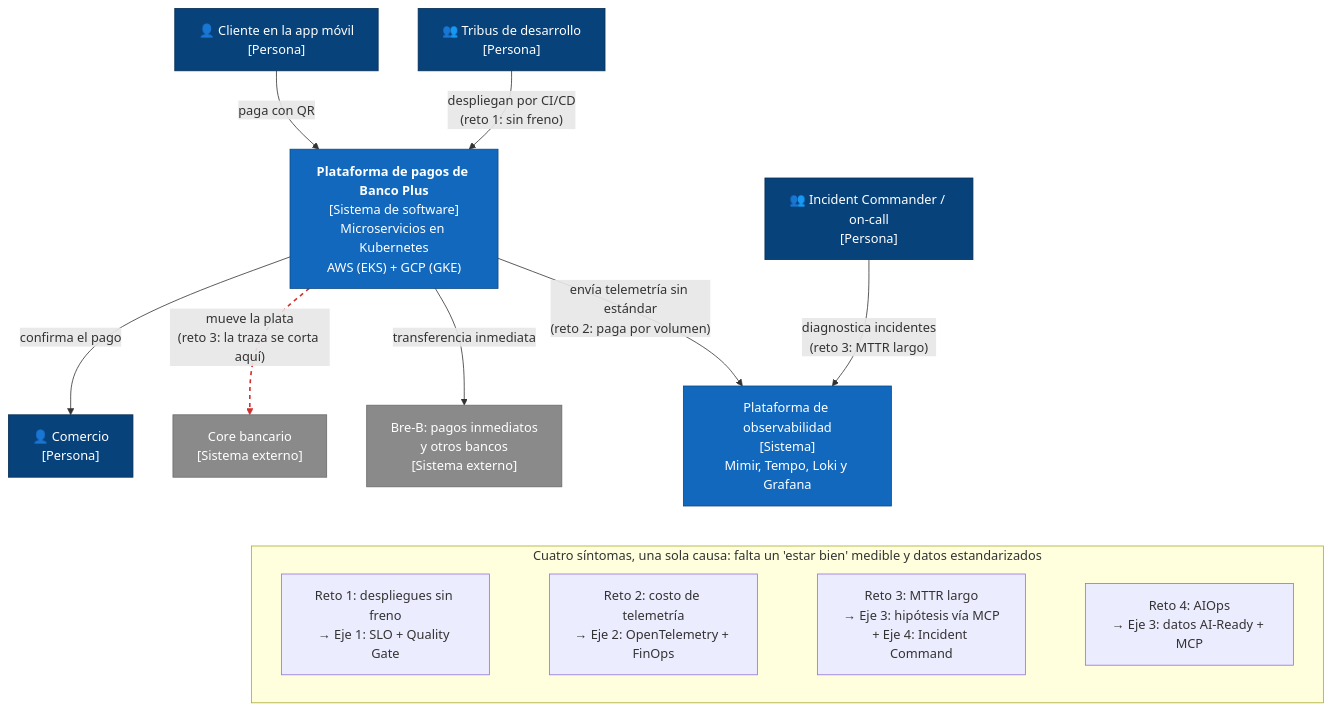
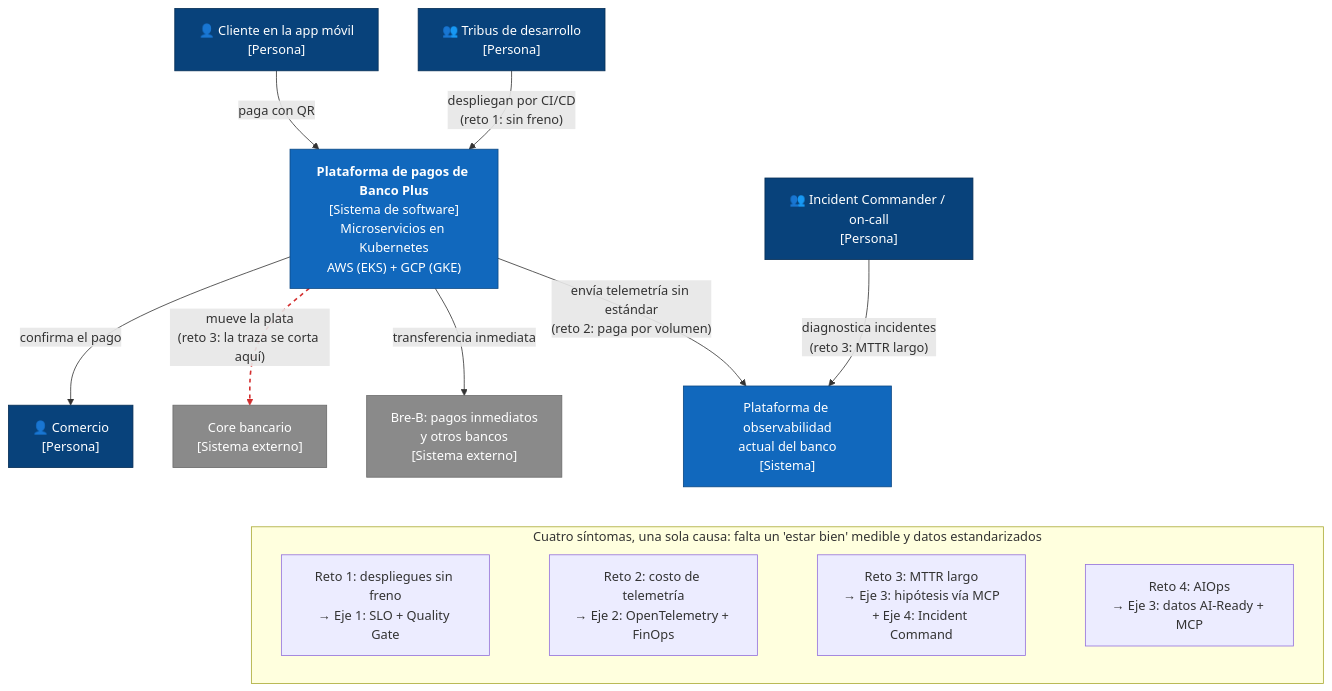
The second of 12 diagrams in devops-senior/temas/25-davivienda-sre-observabilidad/presentacion-libreto.md (locosebas/necesidadesYGrafos), drawn with Mermaid before and after one commit. The commit also changed other lines of this file, not shown here.

Commit message:
Reescribir el libreto (versión 2) con las decisiones revisadas del análisis de alternativas

````diff
--- a/devops-senior/temas/25-davivienda-sre-observabilidad/presentacion-libreto.md
+++ b/devops-senior/temas/25-davivienda-sre-observabilidad/presentacion-libreto.md
@@ -95,39 +121,39 @@
 ```mermaid
 flowchart TB
     cliente["👤 Cliente en la app móvil<br/>[Persona]"]
     comercio["👤 Comercio<br/>[Persona]"]
     tribus["👥 Tribus de desarrollo<br/>[Persona]"]
     oncall["👥 Incident Commander / on-call<br/>[Persona]"]
 
     plataforma["<b>Plataforma de pagos de Banco Plus</b><br/>[Sistema de software]<br/>Microservicios en Kubernetes<br/>AWS (EKS) + GCP (GKE)"]
 
     core["Core bancario<br/>[Sistema externo]"]
     breb["Bre-B: pagos inmediatos<br/>y otros bancos<br/>[Sistema externo]"]
-    obs["Plataforma de observabilidad<br/>[Sistema]<br/>Mimir, Tempo, Loki y Grafana"]
+    obs["Plataforma de observabilidad<br/>actual del banco<br/>[Sistema]"]
 
     cliente -- "paga con QR" --> plataforma
     plataforma -- "confirma el pago" --> comercio
     tribus -- "despliegan por CI/CD<br/>(reto 1: sin freno)" --> plataforma
     plataforma -- "mueve la plata<br/>(reto 3: la traza se corta aquí)" --> core
     plataforma -- "transferencia inmediata" --> breb
     plataforma -- "envía telemetría sin estándar<br/>(reto 2: paga por volumen)" --> obs
     oncall -- "diagnostica incidentes<br/>(reto 3: MTTR largo)" --> obs
 
     subgraph franja["Cuatro síntomas, una sola causa: falta un 'estar bien' medible y datos estandarizados"]
         direction LR
         r1["Reto 1: despliegues sin freno<br/>→ Eje 1: SLO + Quality Gate"]
         r2["Reto 2: costo de telemetría<br/>→ Eje 2: OpenTelemetry + FinOps"]
         r3["Reto 3: MTTR largo<br/>→ Eje 3: hipótesis vía MCP<br/>+ Eje 4: Incident Command"]
         r4["Reto 4: AIOps<br/>→ Eje 3: datos AI-Ready + MCP"]
         r1 ~~~ r2 ~~~ r3 ~~~ r4
     end
     obs ~~~ franja
 
     classDef persona fill:#08427b,stroke:#052e56,color:#ffffff
     classDef sistema fill:#1168bd,stroke:#0b4884,color:#ffffff
     classDef externo fill:#8a8a8a,stroke:#6b6b6b,color:#ffffff
     class cliente,comercio,tribus,oncall persona
     class plataforma,obs sistema
     class core,breb externo
     linkStyle 3 stroke:#d32f2f,stroke-width:2px,stroke-dasharray:5 5
 ```
````
